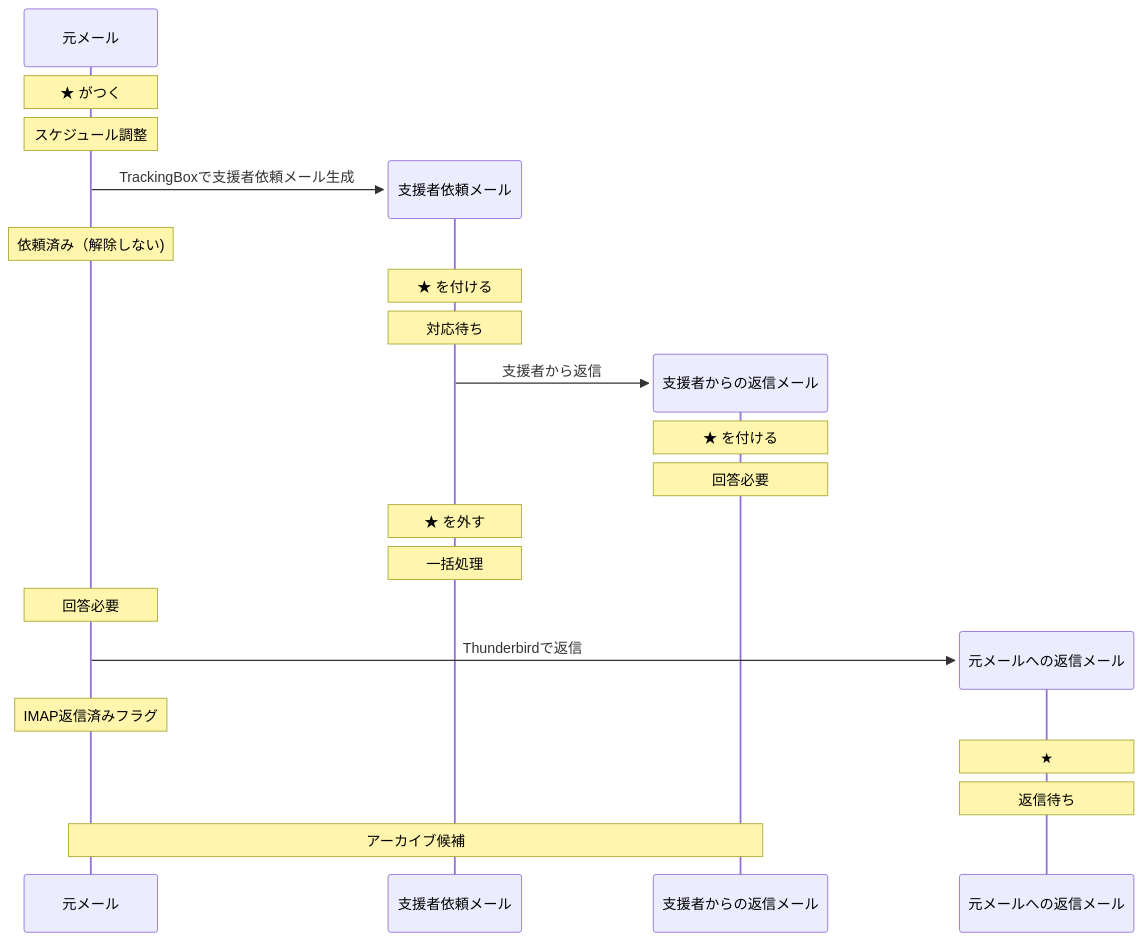
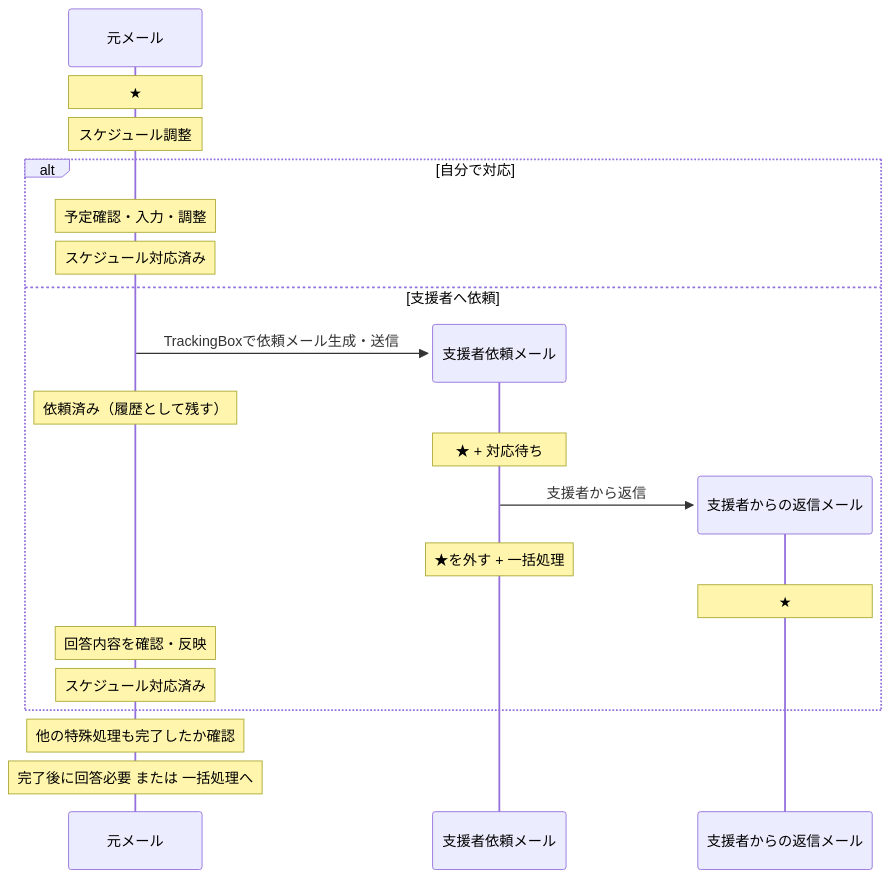
The first of 2 diagrams in docs/design_workflow.md (a3suger/WorkInBox), drawn with Mermaid before and after one commit. The commit also changed other lines of this file, not shown here.

````diff
--- a/docs/design_workflow.md
+++ b/docs/design_workflow.md
@@ -257,37 +348,28 @@
 ```mermaid
 sequenceDiagram
 
     participant M1 as 元メール
 
-    Note over M1: ★ がつく
+    Note over M1: ★
     Note over M1: スケジュール調整
 
-    create participant M2 as 支援者依頼メール
-    M1->>M2: TrackingBoxで支援者依頼メール生成
+    alt 自分で対応
+        Note over M1: 予定確認・入力・調整
+        Note over M1: スケジュール対応済み
+    else 支援者へ依頼
+        create participant M2 as 支援者依頼メール
+        M1->>M2: TrackingBoxで依頼メール生成・送信
+        Note over M1: 依頼済み（履歴として残す）
+        Note over M2: ★ + 対応待ち
 
-    Note over M1: 依頼済み（解除しない)
+        create participant M3 as 支援者からの返信メール
+        M2->>M3: 支援者から返信
+        Note over M2: ★を外す + 一括処理
+        Note over M3: ★
+        Note over M1: 回答内容を確認・反映
+        Note over M1: スケジュール対応済み
+    end
 
-    Note over M2: ★ を付ける
-    Note over M2: 対応待ち
-
-    create participant M3 as 支援者からの返信メール
-    M2->>M3: 支援者から返信
-
-    Note over M3: ★ を付ける
-    Note over M3: 回答必要
-
-    Note over M2: ★ を外す
-    Note over M2: 一括処理
-
-    Note over M1: 回答必要
-
-    create participant M4 as 元メールへの返信メール
-    M1->>M4: Thunderbirdで返信
-    
-    Note over M1: IMAP返信済みフラグ
-
-    Note over M4: ★
-    Note over M4: 返信待ち
-
-    Note over M1,M3: アーカイブ候補
+    Note over M1: 他の特殊処理も完了したか確認
+    Note over M1: 完了後に回答必要 または 一括処理へ
 ```
````
